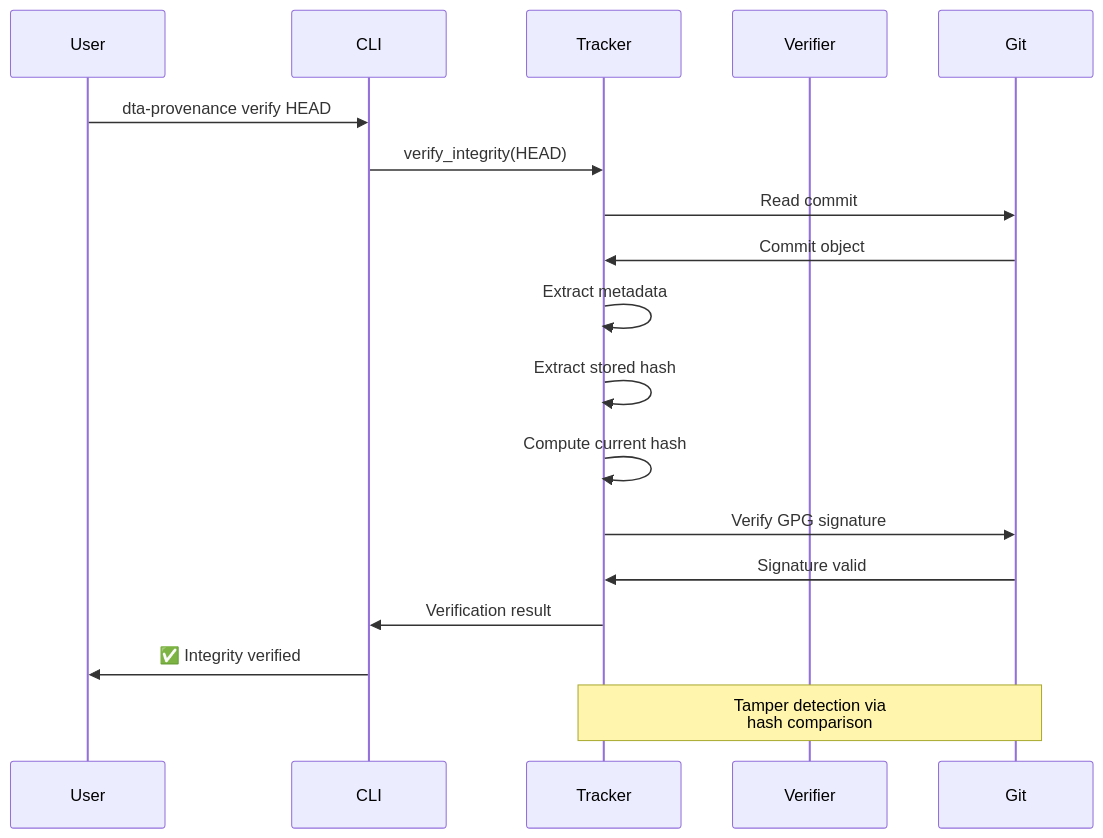
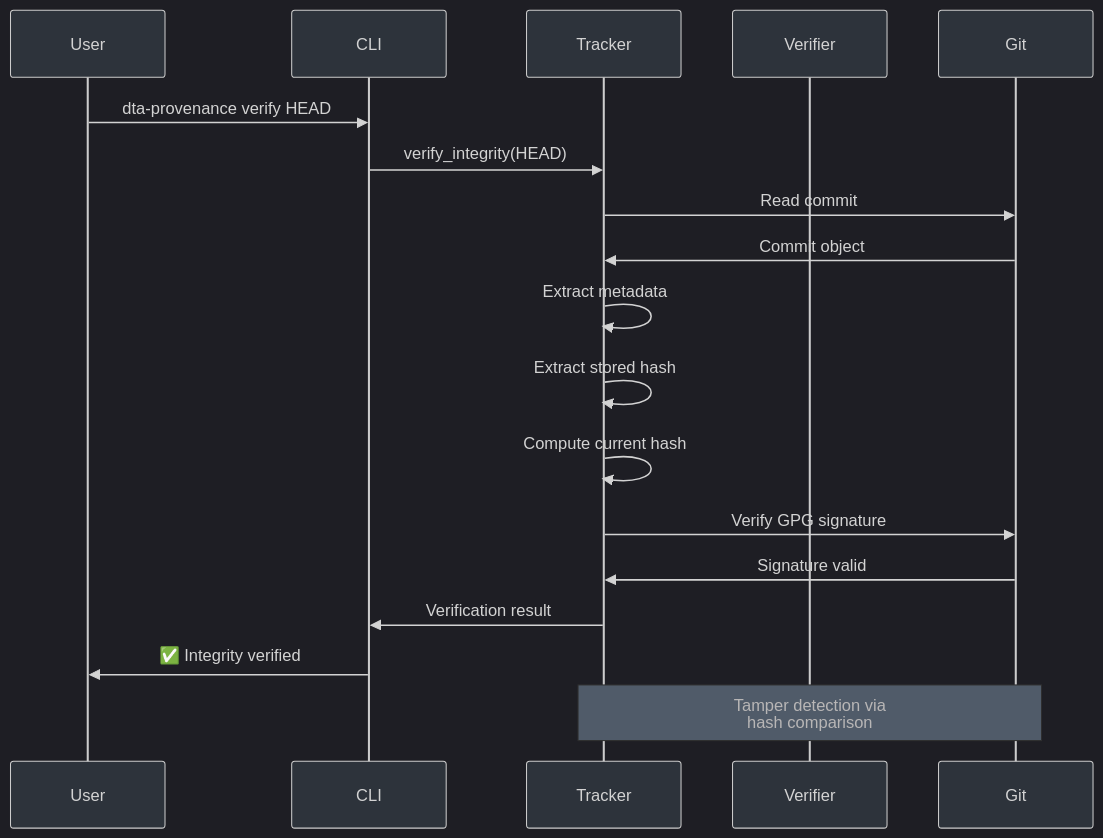
One commit to Ricoledan/dta-provenance-demo changed the sixth of 17 diagrams in docs/ARCHITECTURE.md. Above: the diagram before and after it, drawn with Mermaid. The commit also changed other lines of this file and 1 other file, not shown here.

First line of the commit message:
Update Mermaid diagrams to dark theme

````diff
--- a/docs/ARCHITECTURE.md
+++ b/docs/ARCHITECTURE.md
@@ -200,22 +163,23 @@
 ```mermaid
+%%{init: {"theme":"dark","themeVariables":{"darkMode":true,"background":"#0d1117","primaryColor":"#2d333b","primaryTextColor":"#e6edf3","primaryBorderColor":"#444c56","lineColor":"#768390","secondaryColor":"#1c2128","tertiaryColor":"#22272e","clusterBkg":"#2d333b","clusterBorder":"#444c56","nodeTextColor":"#e6edf3","mainBkg":"#2d333b","secondBkg":"#22272e","edgeLabelBackground":"#2d333b","nodeBorder":"#444c56"}}}%%
 sequenceDiagram
     participant User
     participant CLI
     participant Tracker
     participant Verifier
     participant Git
 
     User->>CLI: dta-provenance verify HEAD
     CLI->>Tracker: verify_integrity(HEAD)
     Tracker->>Git: Read commit
     Git->>Tracker: Commit object
     Tracker->>Tracker: Extract metadata
     Tracker->>Tracker: Extract stored hash
     Tracker->>Tracker: Compute current hash
     Tracker->>Git: Verify GPG signature
     Git->>Tracker: Signature valid
     Tracker->>CLI: Verification result
     CLI->>User: ✅ Integrity verified
 
     Note over Tracker,Git: Tamper detection via<br/>hash comparison
 ```
````
